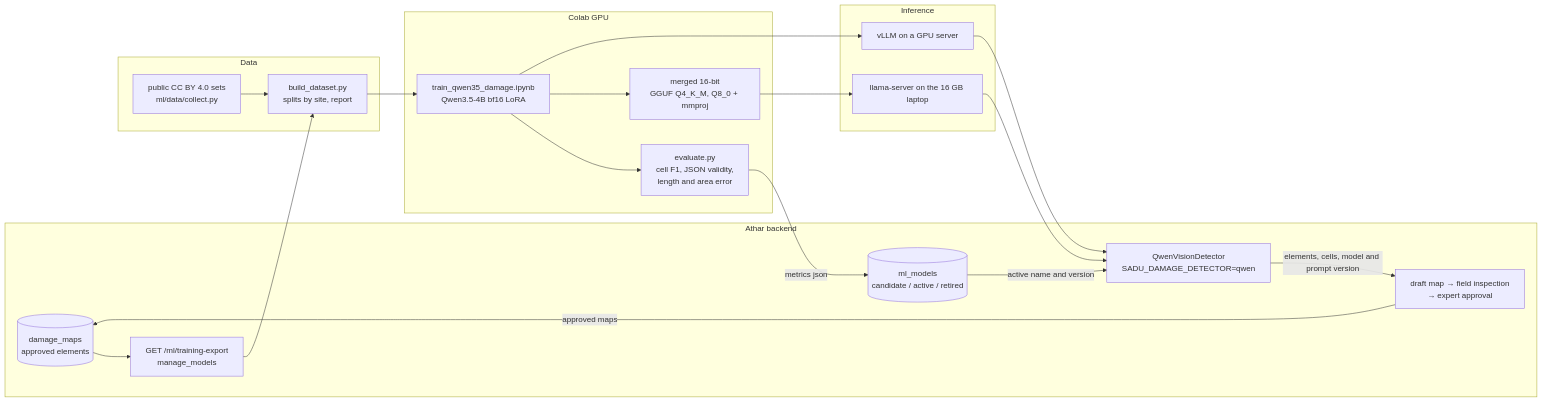
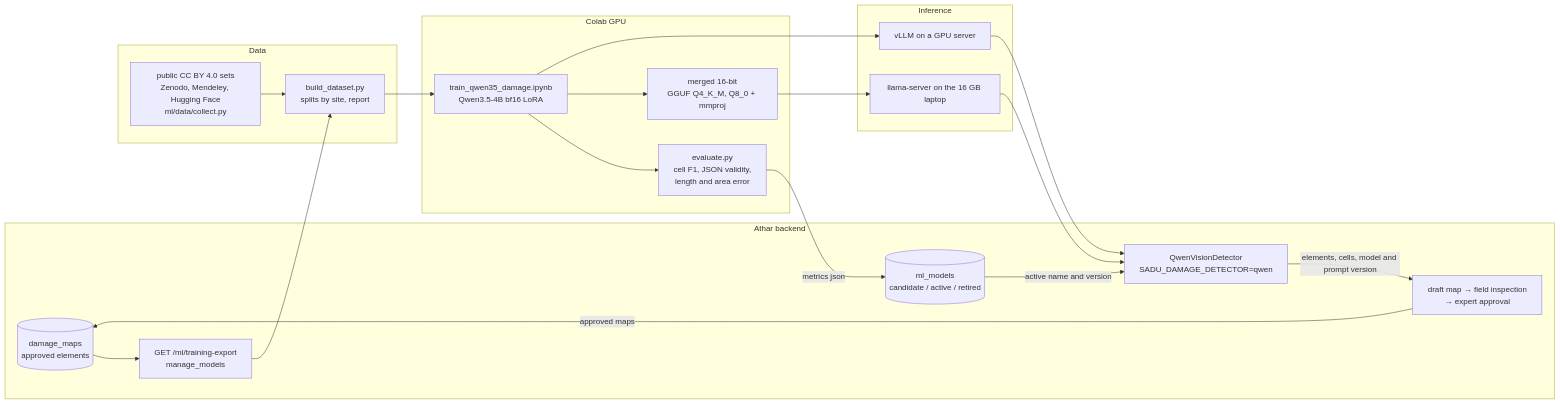
The diagram in docs/ml/architecture.md (Muath477/Athar), drawn with Mermaid before and after one commit. The commit also changed other lines of this file and 17 other files, not shown here.

Commit message:
Fetch public wall damage sets and score the base model before training

````diff
--- a/docs/ml/architecture.md
+++ b/docs/ml/architecture.md
@@ -7,36 +7,36 @@
 ```mermaid
 flowchart LR
   subgraph backend [Athar backend]
     maps[(damage_maps<br/>approved elements)]
     export["GET /ml/training-export<br/>manage_models"]
     registry[(ml_models<br/>candidate / active / retired)]
     detector["QwenVisionDetector<br/>SADU_DAMAGE_DETECTOR=qwen"]
     workflow["draft map → field inspection<br/>→ expert approval"]
   end
   subgraph data [Data]
-    public["public CC BY 4.0 sets<br/>ml/data/collect.py"]
+    public["public CC BY 4.0 sets<br/>Zenodo, Mendeley, Hugging Face<br/>ml/data/collect.py"]
     build["build_dataset.py<br/>splits by site, report"]
   end
   subgraph colab [Colab GPU]
     train["train_qwen35_damage.ipynb<br/>Qwen3.5-4B bf16 LoRA"]
     evaluate["evaluate.py<br/>cell F1, JSON validity,<br/>length and area error"]
     gguf["merged 16-bit<br/>GGUF Q4_K_M, Q8_0 + mmproj"]
   end
   subgraph inference [Inference]
     laptop["llama-server on the 16 GB laptop"]
     server["vLLM on a GPU server"]
   end
 
   maps --> export --> build
   public --> build
   build --> train --> evaluate
   train --> gguf
   evaluate -->|metrics json| registry
   gguf --> laptop
   train --> server
   registry -->|active name and version| detector
   laptop --> detector
   server --> detector
   detector -->|elements, cells, model and prompt version| workflow
   workflow -->|approved maps| maps
 ```
````
